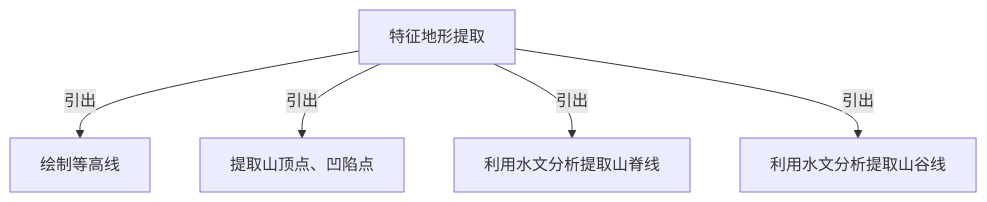
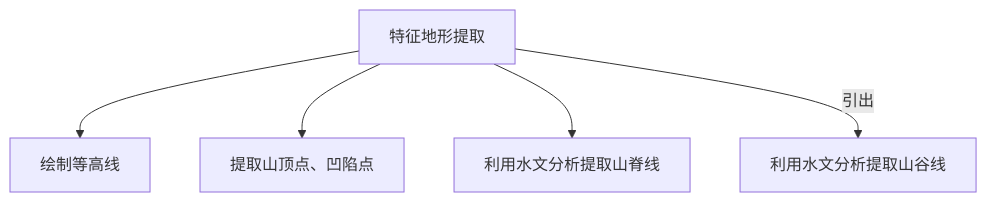
Before and after one commit to newguser/iodraw-files: the diagram in all/未命名-2.md, drawn with Mermaid.

Commit message:
2025-02-28 08:53:13 update

````diff
--- a/all/未命名-2.md
+++ b/all/未命名-2.md
@@ -1,7 +1,7 @@
 ```mermaid
 graph TD
-    A[特征地形提取] -->|引出| B[绘制等高线]
-   A -->|引出| C[提取山顶点、凹陷点]
-    A -->|引出| D[利用水文分析提取山脊线]
+    A[特征地形提取] --> B[绘制等高线]
+   A --> C[提取山顶点、凹陷点]
+    A --> D[利用水文分析提取山脊线]
     A -->|引出| E[利用水文分析提取山谷线]
 ```
````
